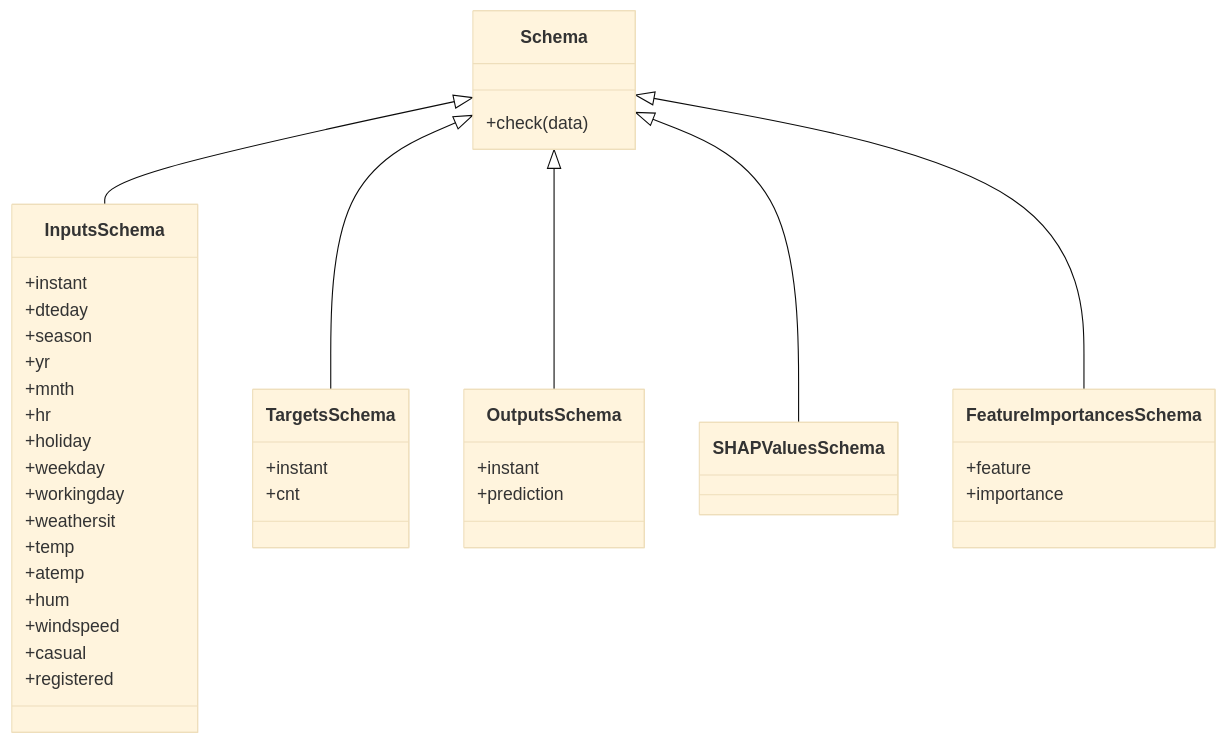
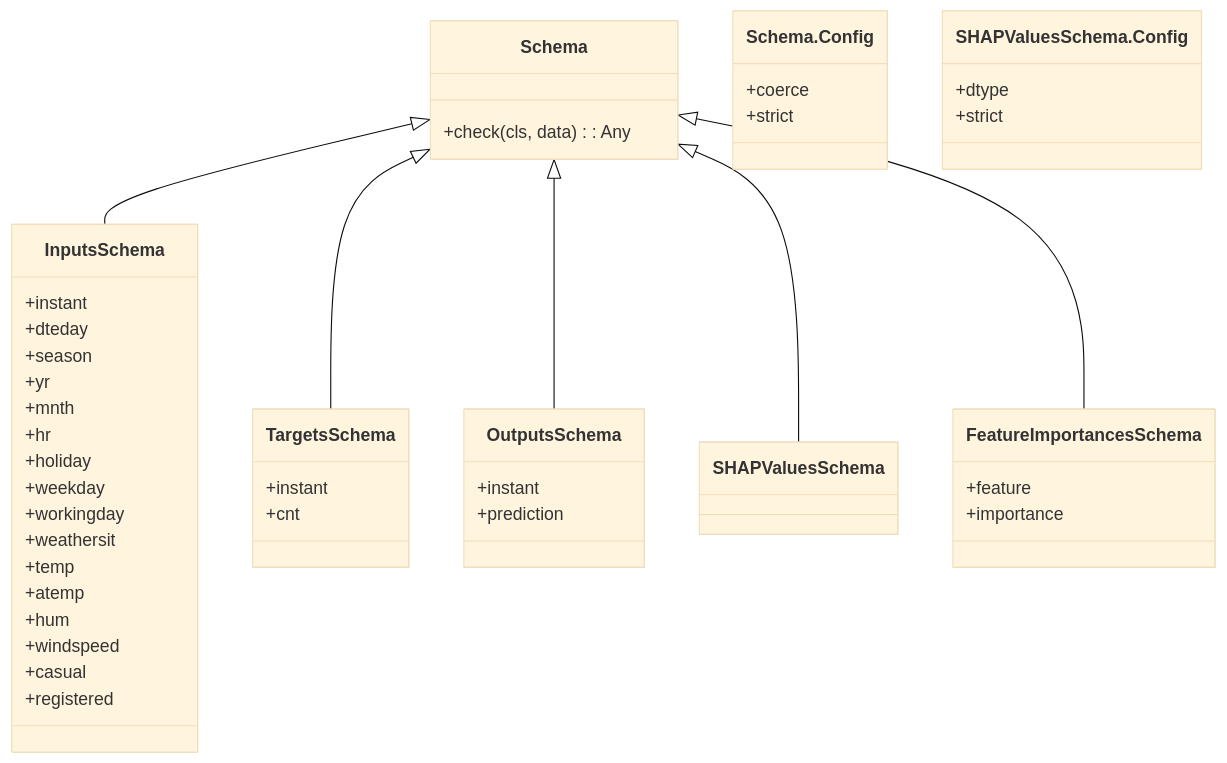
The first of 2 diagrams in wiki/schemas.md (lgcorzo/mlops-python-package), drawn with Mermaid (base theme) before and after one commit. The commit also changed other lines of this file and 31 other files, not shown here.

````diff
--- a/wiki/schemas.md
+++ b/wiki/schemas.md
@@ -16,43 +16,51 @@
 ```mermaid
 classDiagram
     class Schema {
-        +check(data)
+        +check(cls, data) : Any
     }
-    Schema <|-- InputsSchema
+    class Schema.Config {
+        +coerce
+        +strict
+    }
     class InputsSchema {
         +instant
         +dteday
         +season
         +yr
         +mnth
         +hr
         +holiday
         +weekday
         +workingday
         +weathersit
         +temp
         +atemp
         +hum
         +windspeed
         +casual
         +registered
     }
-    Schema <|-- TargetsSchema
+    Schema <|-- InputsSchema
     class TargetsSchema {
         +instant
         +cnt
     }
-    Schema <|-- OutputsSchema
+    Schema <|-- TargetsSchema
     class OutputsSchema {
         +instant
         +prediction
     }
-    Schema <|-- SHAPValuesSchema
+    Schema <|-- OutputsSchema
     class SHAPValuesSchema {
     }
-    Schema <|-- FeatureImportancesSchema
+    Schema <|-- SHAPValuesSchema
+    class SHAPValuesSchema.Config {
+        +dtype
+        +strict
+    }
     class FeatureImportancesSchema {
         +feature
         +importance
     }
+    Schema <|-- FeatureImportancesSchema
 ```
````
